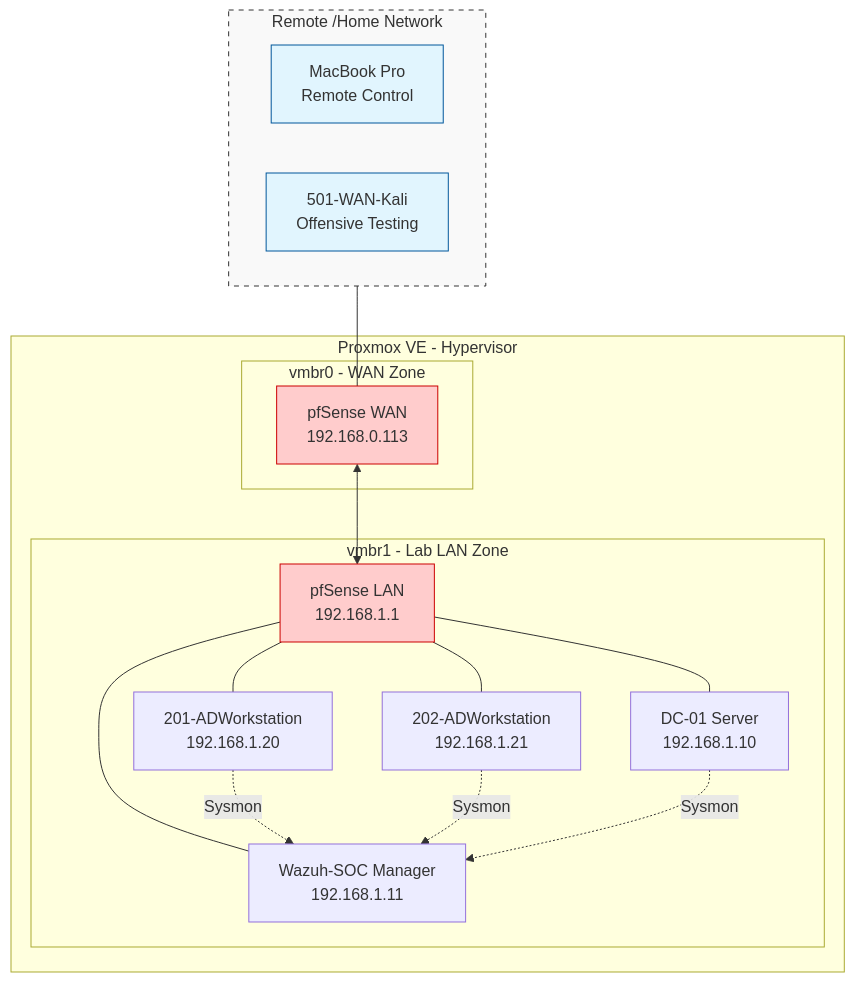
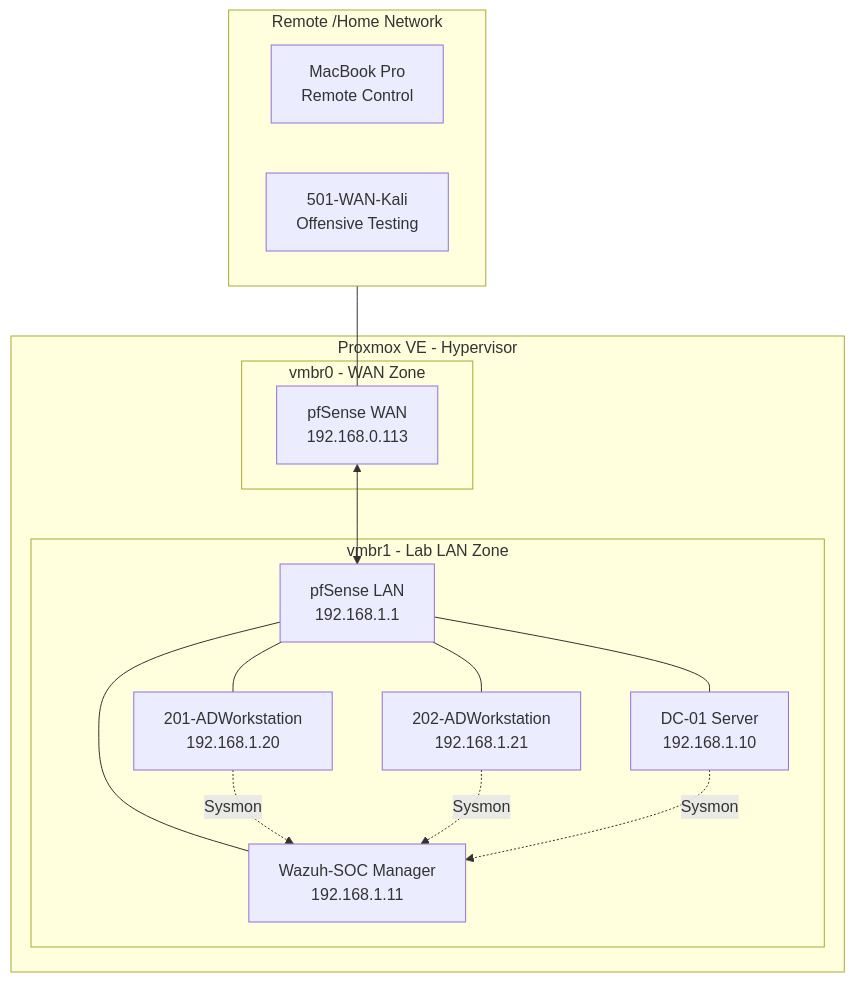
The diagram in 00_Architecture/Network_Topology.md (mdud7/Server-Infrastructure-Doc), drawn with Mermaid before and after one commit.

Commit message:
Update styling for better readability

````diff
--- a/00_Architecture/Network_Topology.md
+++ b/00_Architecture/Network_Topology.md
@@ -31,48 +31,42 @@
 ```mermaid
 graph TD
     %% Outside section - Remote Access and Testing
     subgraph Outside_World [Remote /Home Network]
         direction LR
         Mac[MacBook Pro<br/>Remote Control]
         Kali[501-WAN-Kali<br/>Offensive Testing]
     end
 
     Outside_World --- pfWAN
 
     subgraph Proxmox [Proxmox VE - Hypervisor]
         
         subgraph outside_network [vmbr0 - WAN Zone]
             pfWAN[pfSense WAN<br/>192.168.0.113]
         end
 
         subgraph Lab_isolated [vmbr1 - Lab LAN Zone]
             pfLAN[pfSense LAN<br/>192.168.1.1]
             
             DC[DC-01 Server<br/>192.168.1.10]
             Wazuh[Wazuh-SOC Manager<br/>192.168.1.11]
             WK1[201-ADWorkstation<br/>192.168.1.20]
             WK2[202-ADWorkstation<br/>192.168.1.21]
         end
     end
 
     %% Connection between firewall interfaces
     pfWAN <--> pfLAN
 
     %% Inside-lab connections
     pfLAN --- DC
     pfLAN --- Wazuh
     pfLAN --- WK1
     pfLAN --- WK2
 
     %% Logs centralization flow
     WK1 -.->|Sysmon| Wazuh
     WK2 -.->|Sysmon| Wazuh
     DC -.->|Sysmon| Wazuh
 
-    %% Styling
-    style Outside_World fill:#f9f9f9,stroke:#333,stroke-dasharray: 5 5
-    style pfWAN fill:#ffcccc,stroke:#cc0000
-    style pfLAN fill:#ffcccc,stroke:#cc0000
-    style Kali fill:#e1f5fe,stroke:#01579b
-    style Mac fill:#e1f5fe,stroke:#01579b
 ```
````
